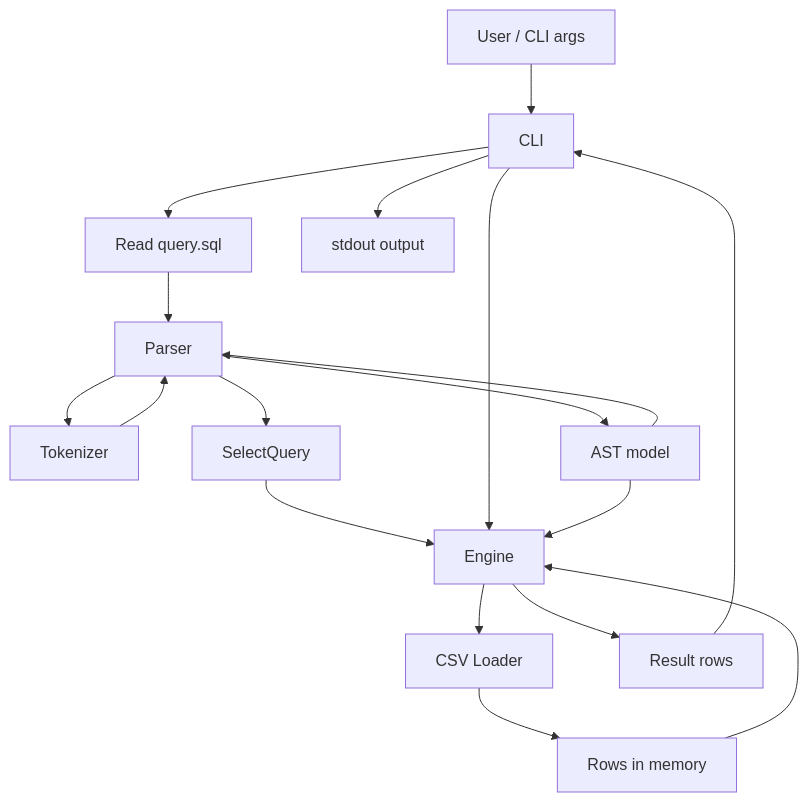
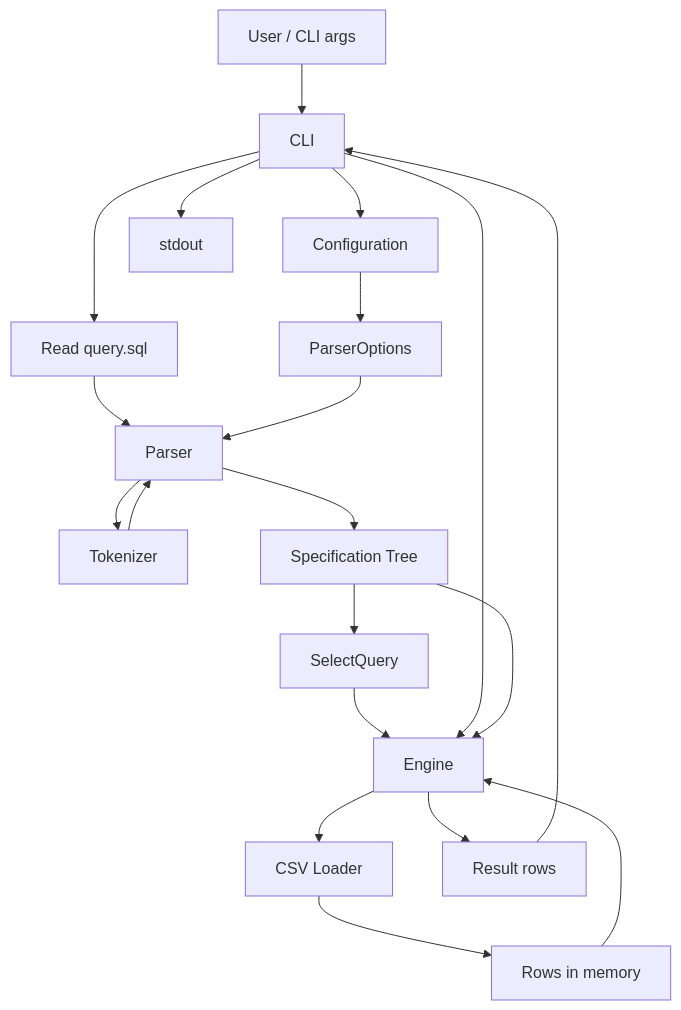
Before and after one commit to 000Sirius000/microsql-engine: the diagram in ARCHITECTURE.md, drawn with Mermaid. The commit also changed other lines of this file and 3 other files, not shown here.

````diff
--- a/ARCHITECTURE.md
+++ b/ARCHITECTURE.md
@@ -82,26 +56,22 @@
 ```mermaid
 flowchart TD
     U[User / CLI args] --> C[CLI]
+    C --> CFG[Configuration]
     C --> Q[Read query.sql]
+    CFG --> PO[ParserOptions]
     Q --> P[Parser]
-
+    PO --> P
     P --> T[Tokenizer]
     T --> P
-
-    P --> A[AST model]
-    A --> P
-
-    P --> SQ[SelectQuery]
+    P --> S[Specification Tree]
+    S --> SQ[SelectQuery]
     SQ --> E[Engine]
-
     C --> E
     E --> L[CSV Loader]
     L --> R[Rows in memory]
-
     R --> E
-    A --> E
-
+    S --> E
     E --> OUT[Result rows]
     OUT --> C
-    C --> STD[stdout output]
+    C --> STD[stdout]
 ```
````
